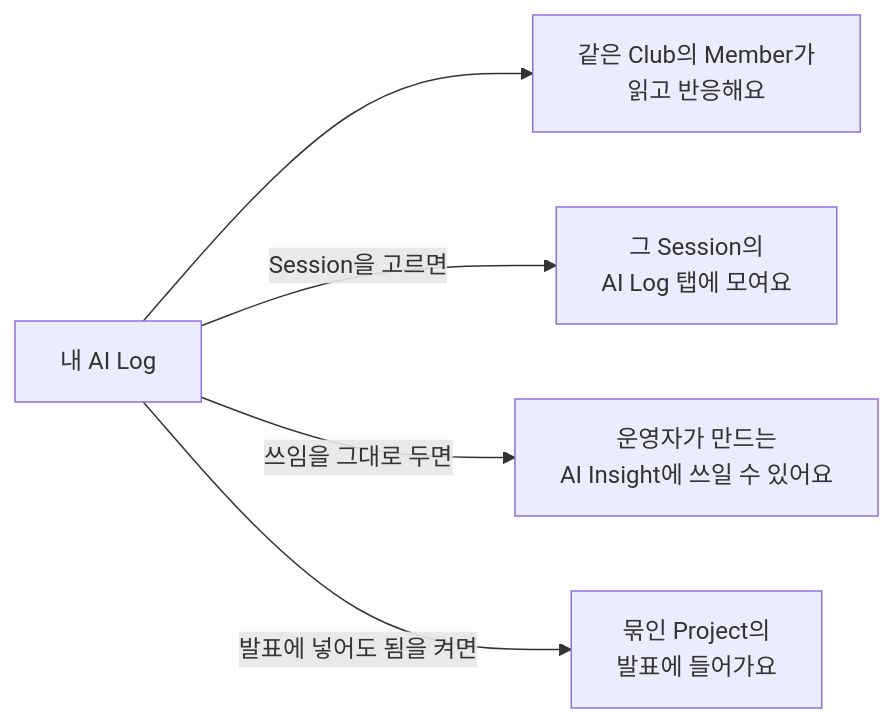
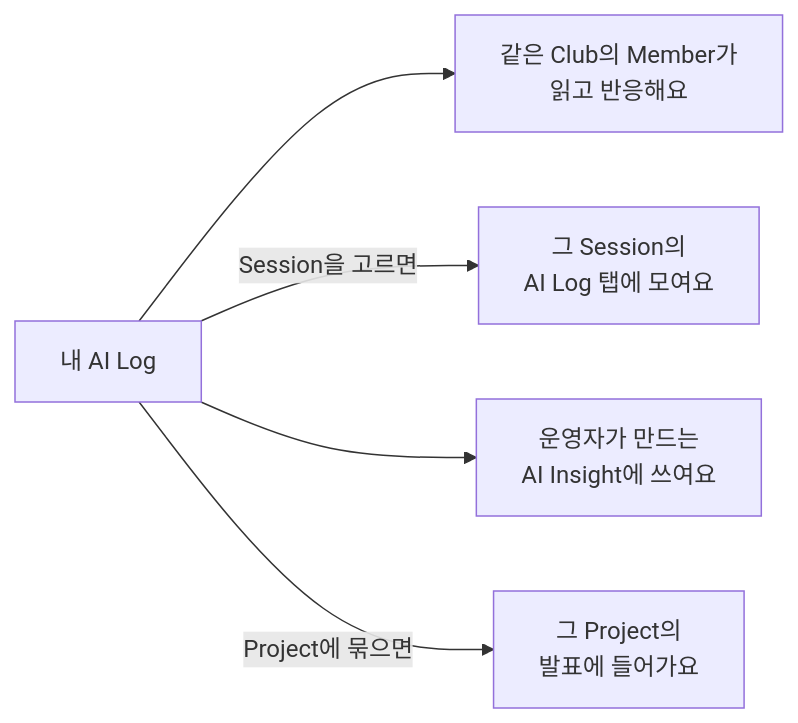
Before and after one commit to pkdee/ai-club-os: the second of 2 diagrams in src/content/docs/getting-started.mdx, drawn with Mermaid. The commit also changed other lines of this file and 31 other files, not shown here.

First line of the commit message:
feat: AI Log 를 언제나 AI Insight 와 Project 발표에 쓰기

````diff
--- a/src/content/docs/getting-started.mdx
+++ b/src/content/docs/getting-started.mdx
@@ -66,7 +66,7 @@
 ```mermaid
 flowchart LR
   log[내 AI Log] --> read["같은 Club의 Member가<br>읽고 반응해요"]
   log -->|Session을 고르면| tab["그 Session의<br>AI Log 탭에 모여요"]
-  log -->|쓰임을 그대로 두면| insight["운영자가 만드는<br>AI Insight에 쓰일 수 있어요"]
-  log -->|발표에 넣어도 됨을 켜면| present["묶인 Project의<br>발표에 들어가요"]
+  log --> insight["운영자가 만드는<br>AI Insight에 쓰여요"]
+  log -->|Project에 묶으면| present["그 Project의<br>발표에 들어가요"]
 ```
````
